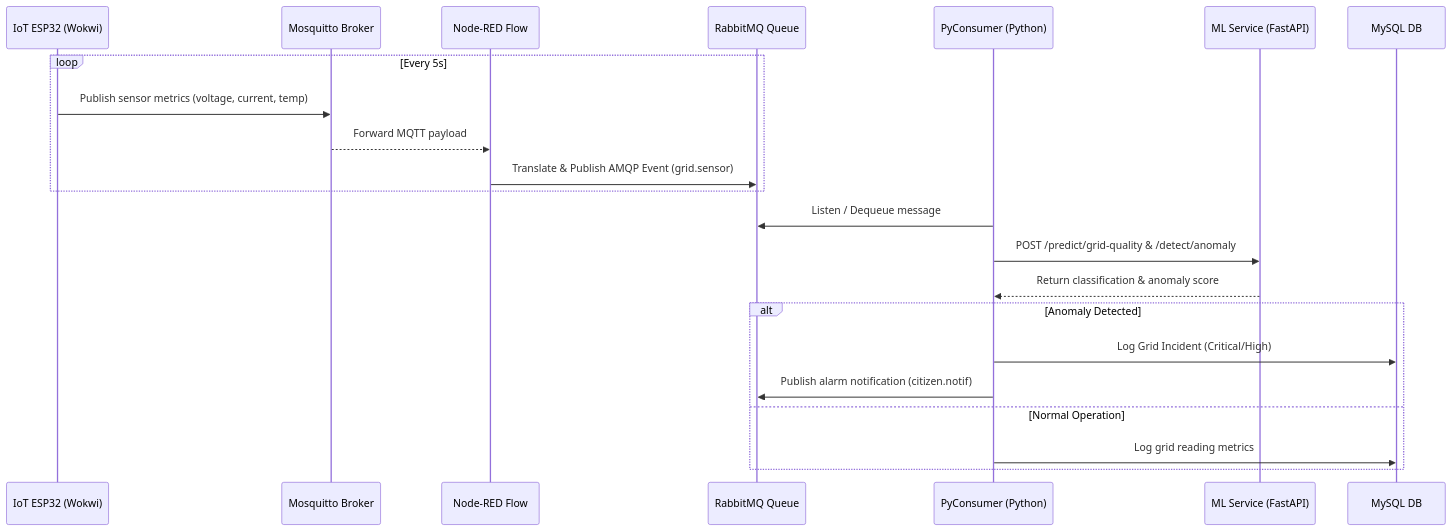
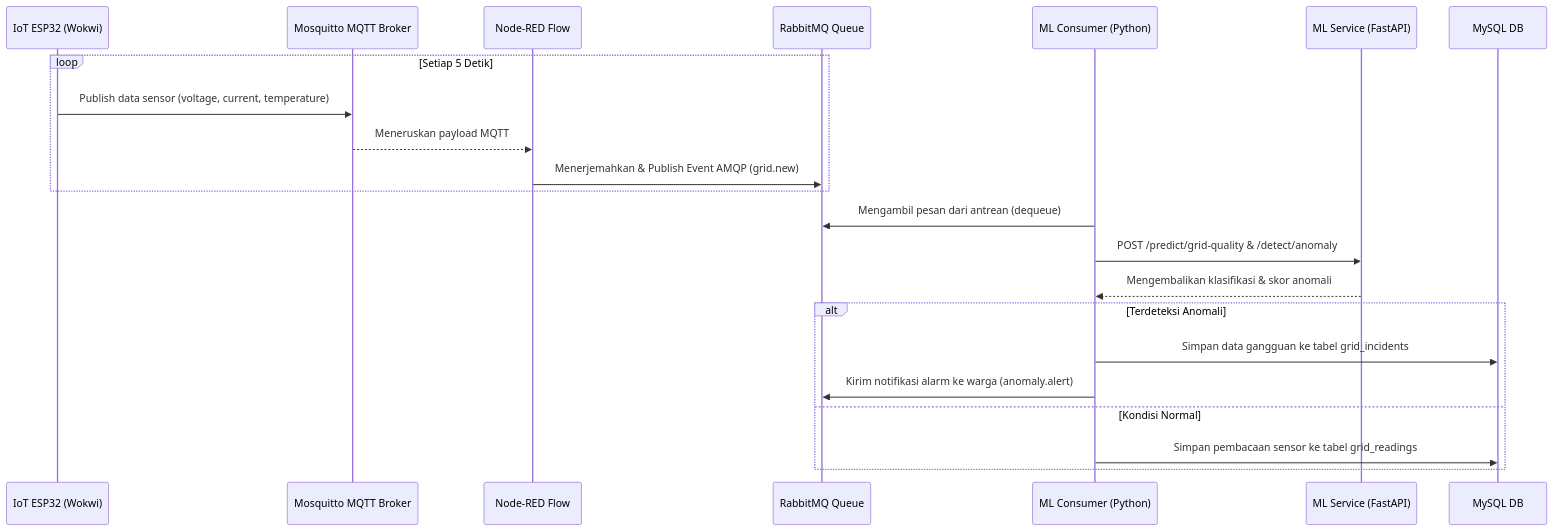
Before and after one commit to Andika-RA/Smart-Energy-Management-System: the second of 2 diagrams in architecture.md, drawn with Mermaid. The commit also changed other lines of this file and 2 other files, not shown here.

````diff
--- a/architecture.md
+++ b/architecture.md
@@ -84,27 +76,27 @@
 ```mermaid
 sequenceDiagram
     participant ESP32 as IoT ESP32 (Wokwi)
-    participant MQTT as Mosquitto Broker
+    participant MQTT as Mosquitto MQTT Broker
     participant NR as Node-RED Flow
     participant RMQ as RabbitMQ Queue
-    participant Consumer as PyConsumer (Python)
+    participant Consumer as ML Consumer (Python)
     participant ML as ML Service (FastAPI)
     participant DB as MySQL DB
     
-    loop Every 5s
-        ESP32->>MQTT: Publish sensor metrics (voltage, current, temp)
-        MQTT-->>NR: Forward MQTT payload
-        NR->>RMQ: Translate & Publish AMQP Event (grid.sensor)
+    loop Setiap 5 Detik
+        ESP32->>MQTT: Publish data sensor (voltage, current, temperature)
+        MQTT-->>NR: Meneruskan payload MQTT
+        NR->>RMQ: Menerjemahkan & Publish Event AMQP (grid.new)
     end
     
-    Consumer->>RMQ: Listen / Dequeue message
+    Consumer->>RMQ: Mengambil pesan dari antrean (dequeue)
     Consumer->>ML: POST /predict/grid-quality & /detect/anomaly
-    ML-->>Consumer: Return classification & anomaly score
+    ML-->>Consumer: Mengembalikan klasifikasi & skor anomali
     
-    alt Anomaly Detected
-        Consumer->>DB: Log Grid Incident (Critical/High)
-        Consumer->>RMQ: Publish alarm notification (citizen.notif)
-    else Normal Operation
-        Consumer->>DB: Log grid reading metrics
+    alt Terdeteksi Anomali
+        Consumer->>DB: Simpan data gangguan ke tabel grid_incidents
+        Consumer->>RMQ: Kirim notifikasi alarm ke warga (anomaly.alert)
+    else Kondisi Normal
+        Consumer->>DB: Simpan pembacaan sensor ke tabel grid_readings
     end
 ```
````
